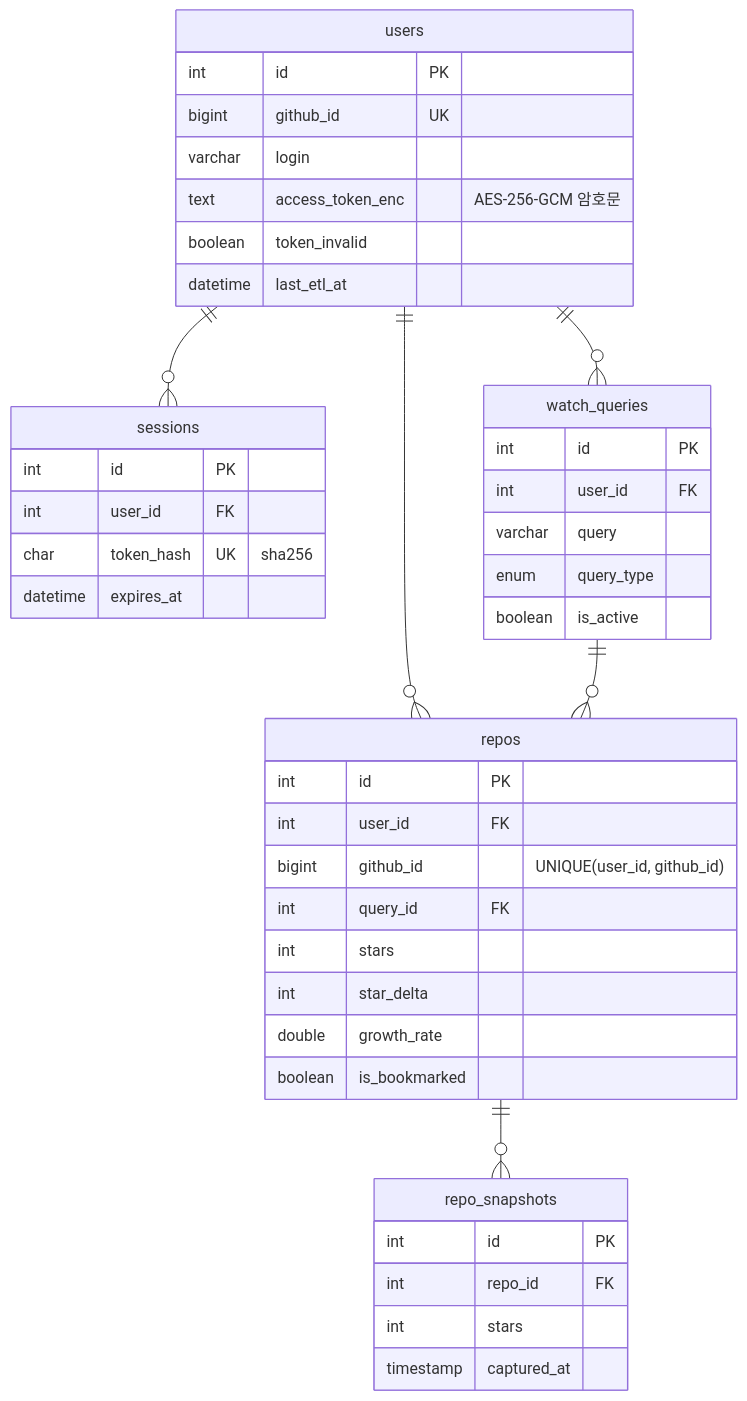
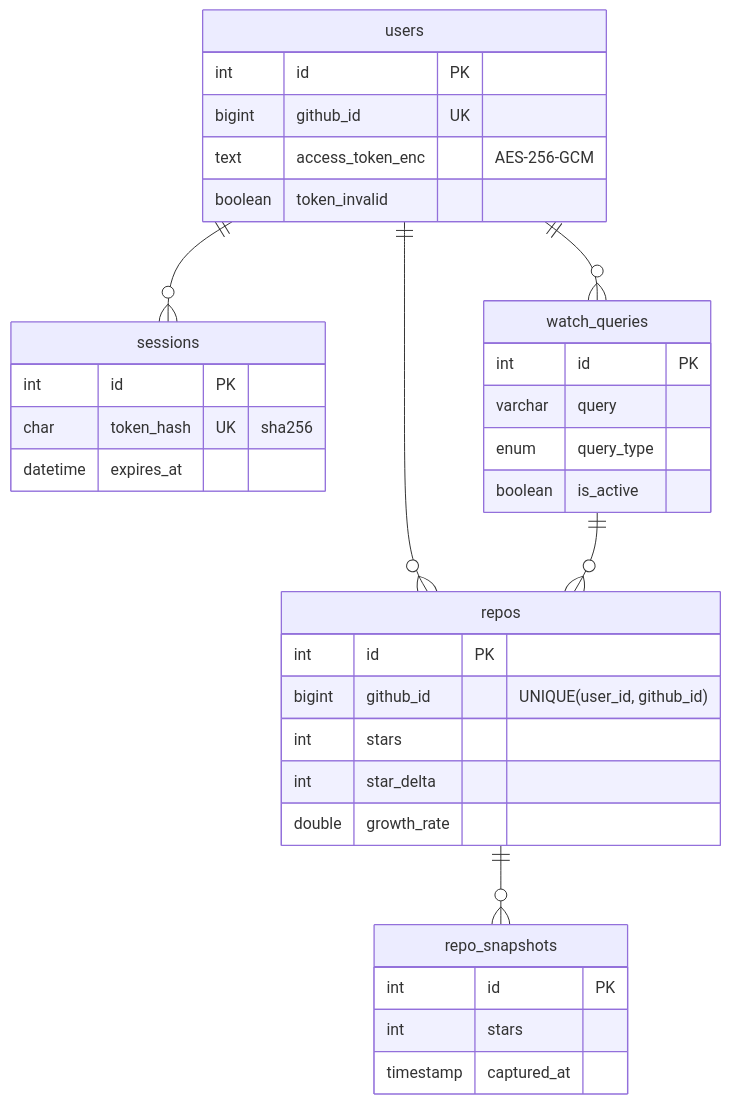
The second of 2 diagrams in README.md (tmdry4530/trendar), drawn with Mermaid before and after one commit. The commit also changed other lines of this file, not shown here.

````diff
--- a/README.md
+++ b/README.md
@@ -339,46 +75,38 @@
 ```mermaid
 erDiagram
     users ||--o{ sessions : ""
     users ||--o{ watch_queries : ""
     users ||--o{ repos : ""
     watch_queries ||--o{ repos : ""
     repos ||--o{ repo_snapshots : ""
 
     users {
         int id PK
         bigint github_id UK
-        varchar login
-        text access_token_enc "AES-256-GCM 암호문"
+        text access_token_enc "AES-256-GCM"
         boolean token_invalid
-        datetime last_etl_at
     }
     sessions {
         int id PK
-        int user_id FK
         char token_hash UK "sha256"
         datetime expires_at
     }
     watch_queries {
         int id PK
-        int user_id FK
         varchar query
         enum query_type
         boolean is_active
     }
     repos {
         int id PK
-        int user_id FK
         bigint github_id "UNIQUE(user_id, github_id)"
-        int query_id FK
         int stars
         int star_delta
         double growth_rate
-        boolean is_bookmarked
     }
     repo_snapshots {
         int id PK
-        int repo_id FK
         int stars
         timestamp captured_at
     }
 ```
````
